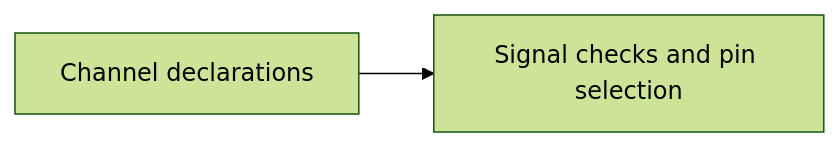
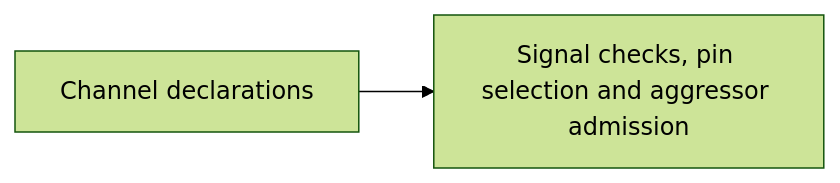
Before and after one commit to draarivpatel-ui/signal-integrity-pipeline: the first of 2 diagrams in docs/ARCHITECTURE.md, drawn with Mermaid (forest theme). The commit also changed other lines of this file and 2 other files, not shown here.

Commit message:
docs: explain declared aggressor states

````diff
--- a/docs/ARCHITECTURE.md
+++ b/docs/ARCHITECTURE.md
@@ -7,4 +7,4 @@
 ```mermaid
 flowchart LR
-  input["Channel declarations"] --> result["Signal checks and pin selection"]
+  input["Channel declarations"] --> result["Signal checks, pin selection and aggressor admission"]
 ```
````
